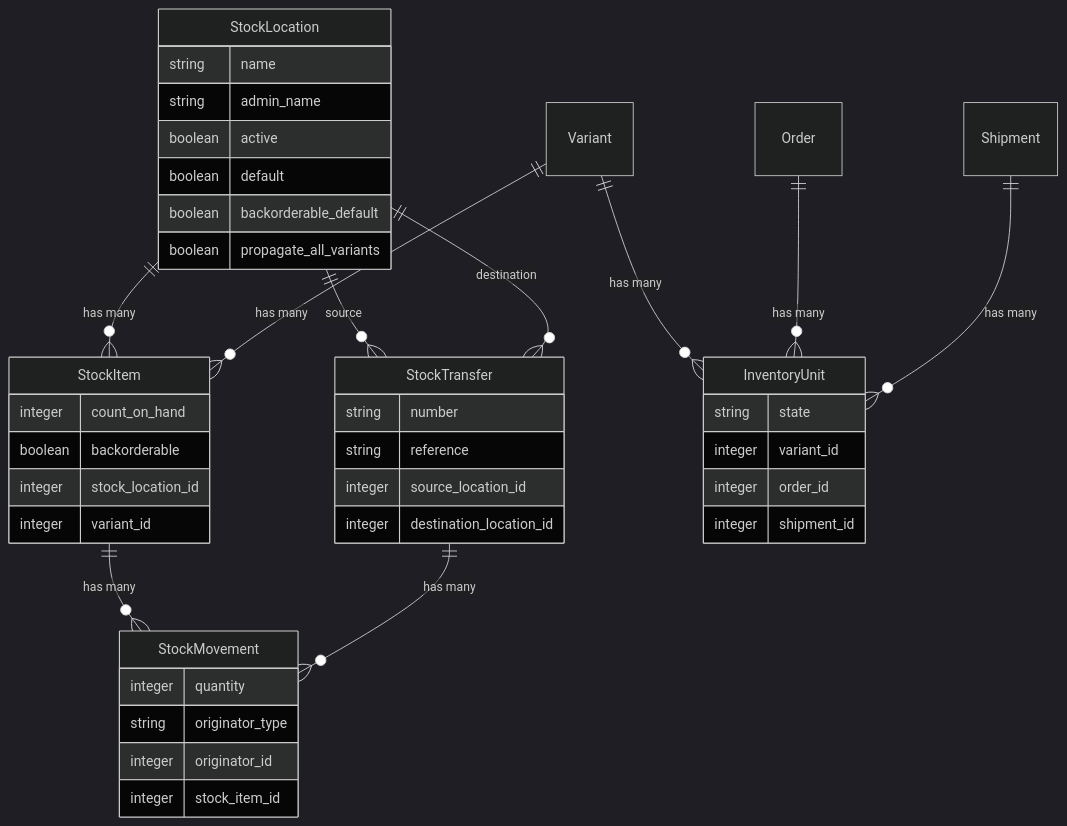
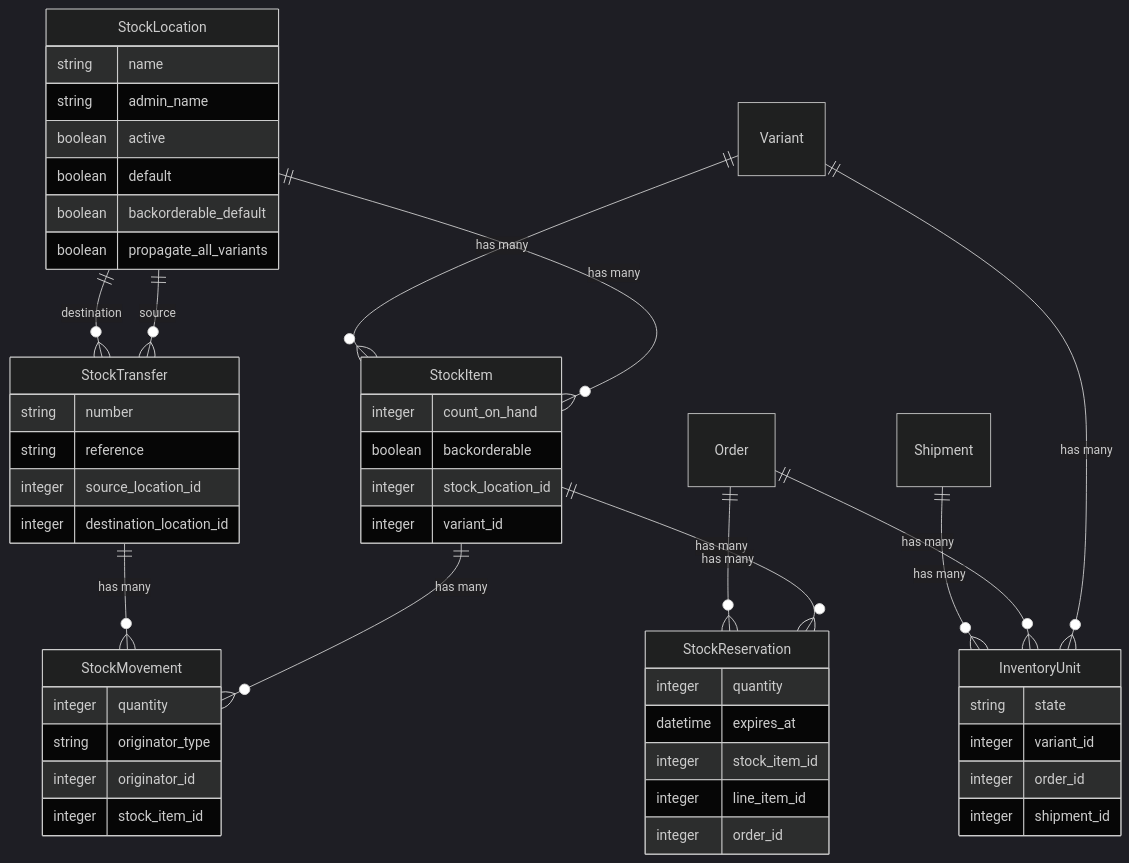
The diagram in docs/developer/core-concepts/inventory.mdx (spree/spree), drawn with Mermaid (dark theme) before and after one commit. The commit also changed other lines of this file, not shown here.

First line of the commit message:
Document Stock Reservations in developer/core-concepts/inventory

````diff
--- a/docs/developer/core-concepts/inventory.mdx
+++ b/docs/developer/core-concepts/inventory.mdx
@@ -16,49 +20,59 @@
 ```mermaid
 erDiagram
     StockLocation {
         string name
         string admin_name
         boolean active
         boolean default
         boolean backorderable_default
         boolean propagate_all_variants
     }
 
     StockItem {
         integer count_on_hand
         boolean backorderable
         integer stock_location_id
         integer variant_id
     }
 
     StockMovement {
         integer quantity
         string originator_type
         integer originator_id
         integer stock_item_id
     }
 
     StockTransfer {
         string number
         string reference
         integer source_location_id
         integer destination_location_id
     }
 
     InventoryUnit {
         string state
         integer variant_id
         integer order_id
         integer shipment_id
     }
 
+    StockReservation {
+        integer quantity
+        datetime expires_at
+        integer stock_item_id
+        integer line_item_id
+        integer order_id
+    }
+
     StockLocation ||--o{ StockItem : "has many"
     StockLocation ||--o{ StockTransfer : "source"
     StockLocation ||--o{ StockTransfer : "destination"
     Variant ||--o{ StockItem : "has many"
     Variant ||--o{ InventoryUnit : "has many"
     StockItem ||--o{ StockMovement : "has many"
+    StockItem ||--o{ StockReservation : "has many"
     StockTransfer ||--o{ StockMovement : "has many"
     Order ||--o{ InventoryUnit : "has many"
+    Order ||--o{ StockReservation : "has many"
     Shipment ||--o{ InventoryUnit : "has many"
 ```
````
